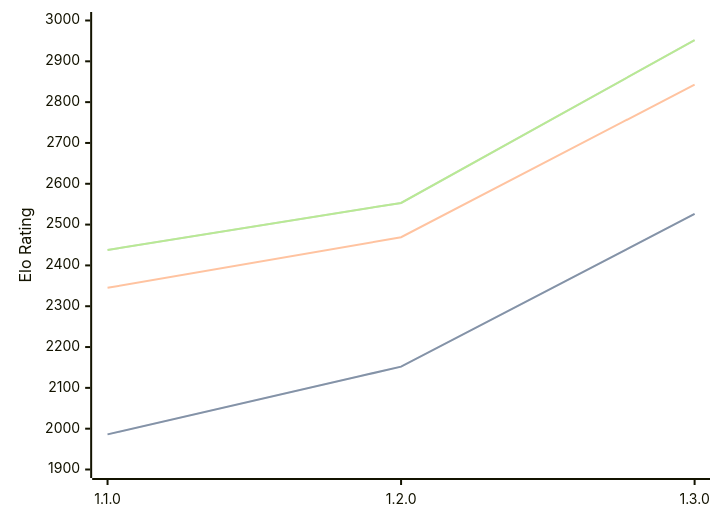
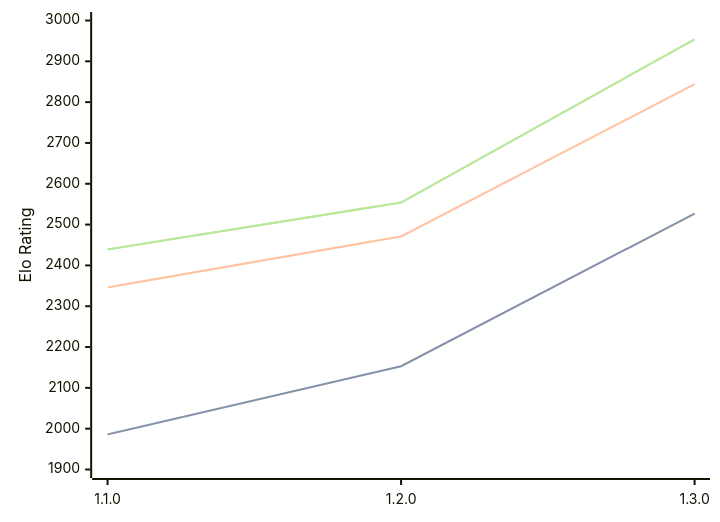
Before and after one commit to computer-chess-index/cci: the diagram in engines/Gyatso.md, drawn with Mermaid. The commit also changed other lines of this file, not shown here.

Commit message:
Update CCI Ratings (ELO VLTC) - 2026-04-11

````diff
--- a/engines/Gyatso.md
+++ b/engines/Gyatso.md
@@ -34,11 +34,11 @@
 ```mermaid
 %%{init: {"theme":"base","themeVariables":{"seriesColors:['#a3a3a3','#222221','#faa371']}}}%%
 xychart-beta
   x-axis ["1.1.0", "1.2.0", "1.3.0"]
   y-axis "Elo Rating" 1900 --> 3000
-  line "STC (8.0+0.08s)" [1986, 2152, 2526]
-  line "STC (8.0+0.08s)" [1986, 2152, 2526]
-  line "LTC (60.0+0.60s)" [2345, 2469, 2843]
-  line "VLTC (2m24s+1.12s)" [2438, 2553, 2952]
-  line "VLTC (2m24s+1.12s)" [2438, 2553, 2952]
+  line "STC (8.0+0.08s)" [1986, 2153, 2527]
+  line "STC (8.0+0.08s)" [1986, 2153, 2527]
+  line "LTC (60.0+0.60s)" [2346, 2471, 2844]
+  line "VLTC (2m24s+1.12s)" [2439, 2554, 2954]
+  line "VLTC (2m24s+1.12s)" [2439, 2554, 2954]
 ```
````
